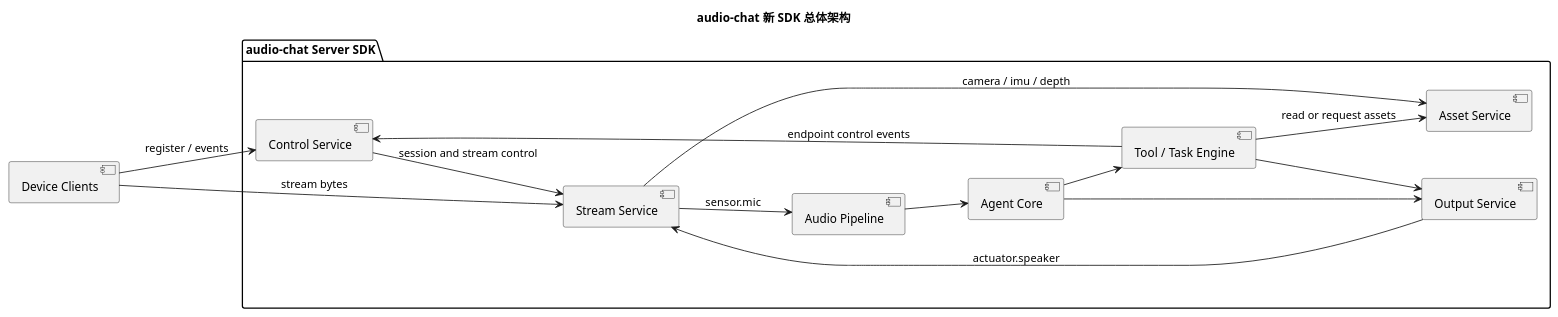
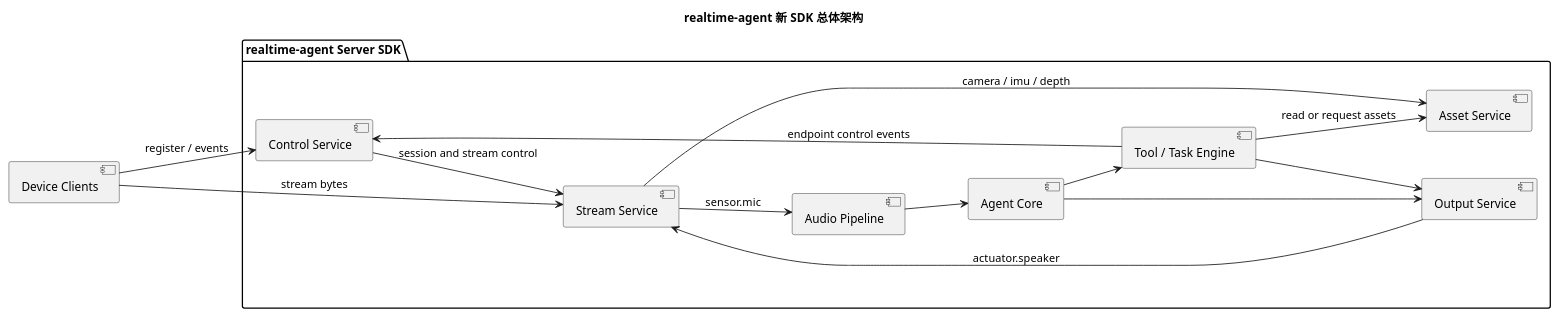
One commit to HengeLiu/RealtimeAgent changed the first of 18 diagrams in audio-server/docs/internal/audio-server-architecture-design.md. Above: the diagram before and after it, drawn with PlantUML. The commit also changed other lines of this file and 488 other files, not shown here.

````diff
--- a/audio-server/docs/internal/audio-server-architecture-design.md
+++ b/audio-server/docs/internal/audio-server-architecture-design.md
@@ -383,35 +383,35 @@
 ```plantuml
 @startuml
-title audio-chat 新 SDK 总体架构
+title realtime-agent 新 SDK 总体架构
 
 left to right direction
 
 [Device Clients] as Endpoint
 
-package "audio-chat Server SDK" {
+package "realtime-agent Server SDK" {
   [Control Service] as Control
   [Stream Service] as Stream
   [Audio Pipeline] as Audio
   [Asset Service] as Asset
   [Agent Core] as Agent
   [Tool / Task Engine] as ToolTask
   [Output Service] as Output
 }
 
 Endpoint --> Control : register / events
 Endpoint --> Stream : stream bytes
 
 Control --> Stream : session and stream control
 Stream --> Audio : sensor.mic
 Stream --> Asset : camera / imu / depth
 
 Audio --> Agent
 Agent --> ToolTask
 ToolTask --> Asset : read or request assets
 ToolTask --> Control : endpoint control events
 
 Agent --> Output
 ToolTask --> Output
 Output --> Stream : actuator.speaker
 @enduml
 ```
````
